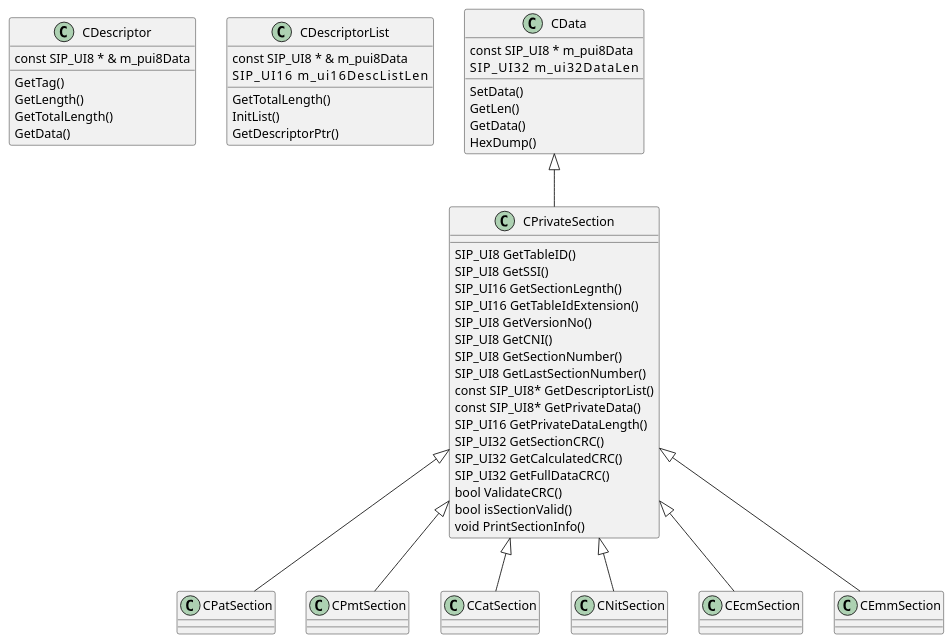
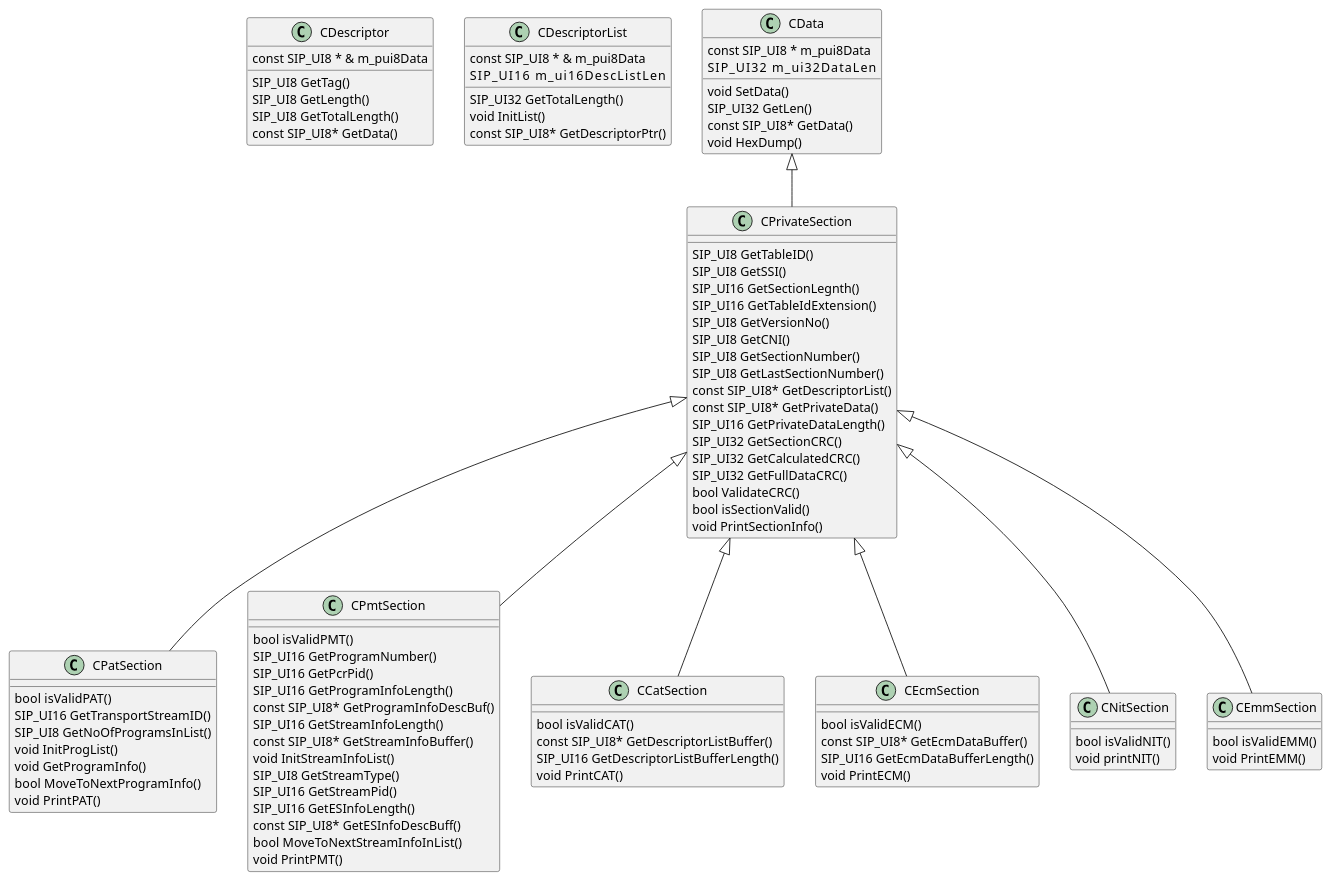
Before and after one commit to gymk/simple-si-parser: the diagram in class_diagram.plantuml, drawn with PlantUML.

Commit message:
updated class diagram

```diff
--- a/class_diagram.plantuml
+++ b/class_diagram.plantuml
@@ -1,63 +1,114 @@
 @startuml
 
 class CDescriptor {
     const SIP_UI8 * & m_pui8Data
-    GetTag()
-    GetLength()
-    GetTotalLength()
-    GetData()
+    SIP_UI8 GetTag()
+    SIP_UI8 GetLength()
+    SIP_UI8 GetTotalLength()
+    const SIP_UI8* GetData()
 }
 
 class CDescriptorList {
     const SIP_UI8 * & m_pui8Data
     SIP_UI16          m_ui16DescListLen
-    GetTotalLength()
-    InitList()
-    GetDescriptorPtr()
+    SIP_UI32 GetTotalLength()
+    void InitList()
+    const SIP_UI8* GetDescriptorPtr()
 }
 
 class CData {
     const SIP_UI8 * m_pui8Data
     SIP_UI32        m_ui32DataLen
-    SetData()
-    GetLen()
-    GetData()
-    HexDump()
+    void SetData()
+    SIP_UI32 GetLen()
+    const SIP_UI8* GetData()
+    void HexDump()
 }
 
 class CPrivateSection {
     SIP_UI8 GetTableID()
     SIP_UI8 GetSSI()
     SIP_UI16 GetSectionLegnth()
     SIP_UI16 GetTableIdExtension()
     SIP_UI8 GetVersionNo()
     SIP_UI8 GetCNI()
     SIP_UI8 GetSectionNumber()
     SIP_UI8 GetLastSectionNumber()
     const SIP_UI8* GetDescriptorList()
     const SIP_UI8* GetPrivateData()
     SIP_UI16 GetPrivateDataLength()
     SIP_UI32 GetSectionCRC()
     SIP_UI32 GetCalculatedCRC()
     SIP_UI32 GetFullDataCRC()
     bool ValidateCRC()
     bool isSectionValid()
     void PrintSectionInfo()
 }
 
+class CPatSection {
+    bool isValidPAT()
+    SIP_UI16 GetTransportStreamID()
+    SIP_UI8 GetNoOfProgramsInList()
+    void InitProgList()
+    void GetProgramInfo()
+    bool MoveToNextProgramInfo()
+    void PrintPAT()
+}
+
+class CPmtSection {
+    bool isValidPMT()
+    SIP_UI16 GetProgramNumber()
+    SIP_UI16 GetPcrPid()
+    SIP_UI16 GetProgramInfoLength()
+    const SIP_UI8* GetProgramInfoDescBuf()
+    SIP_UI16 GetStreamInfoLength()
+    const SIP_UI8* GetStreamInfoBuffer()
+    void InitStreamInfoList()
+    SIP_UI8 GetStreamType()
+    SIP_UI16 GetStreamPid()
+    SIP_UI16 GetESInfoLength()
+    const SIP_UI8* GetESInfoDescBuff()
+    bool MoveToNextStreamInfoInList()
+    void PrintPMT()
+}
+
+class CCatSection {
+    bool isValidCAT()
+    const SIP_UI8* GetDescriptorListBuffer()
+    SIP_UI16 GetDescriptorListBufferLength()
+    void PrintCAT()
+}
+
+class CEcmSection {
+    bool isValidECM()
+    const SIP_UI8* GetEcmDataBuffer()
+    SIP_UI16 GetEcmDataBufferLength()
+    void PrintECM()
+}
+
+class CNitSection {
+    bool isValidNIT()
+    void printNIT()
+}
+
+class CEmmSection {
+    bool isValidEMM()
+    void PrintEMM()
+}
+
 CData <|-- CPrivateSection
 
 
 CPrivateSection <|-- CPatSection
 
 CPrivateSection <|-- CPmtSection
 
 CPrivateSection <|-- CCatSection
 
 CPrivateSection <|-- CNitSection
 
 CPrivateSection <|-- CEcmSection
 
 CPrivateSection <|-- CEmmSection
 
 @enduml
```
